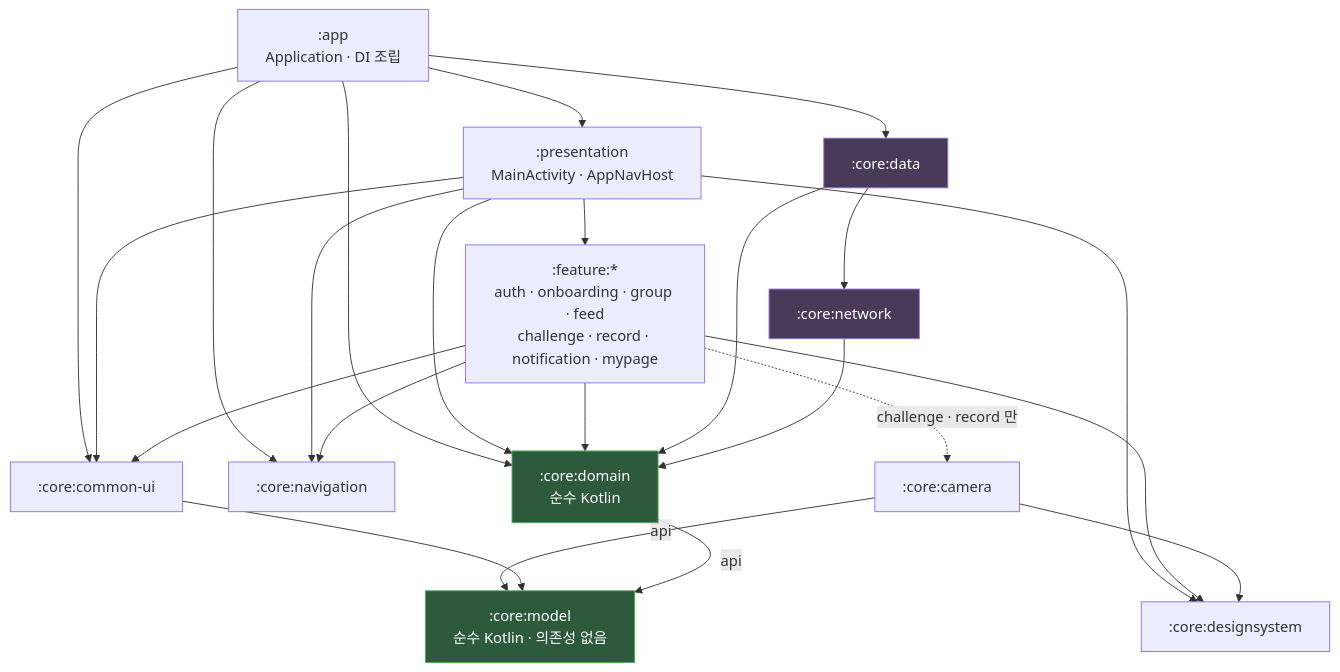
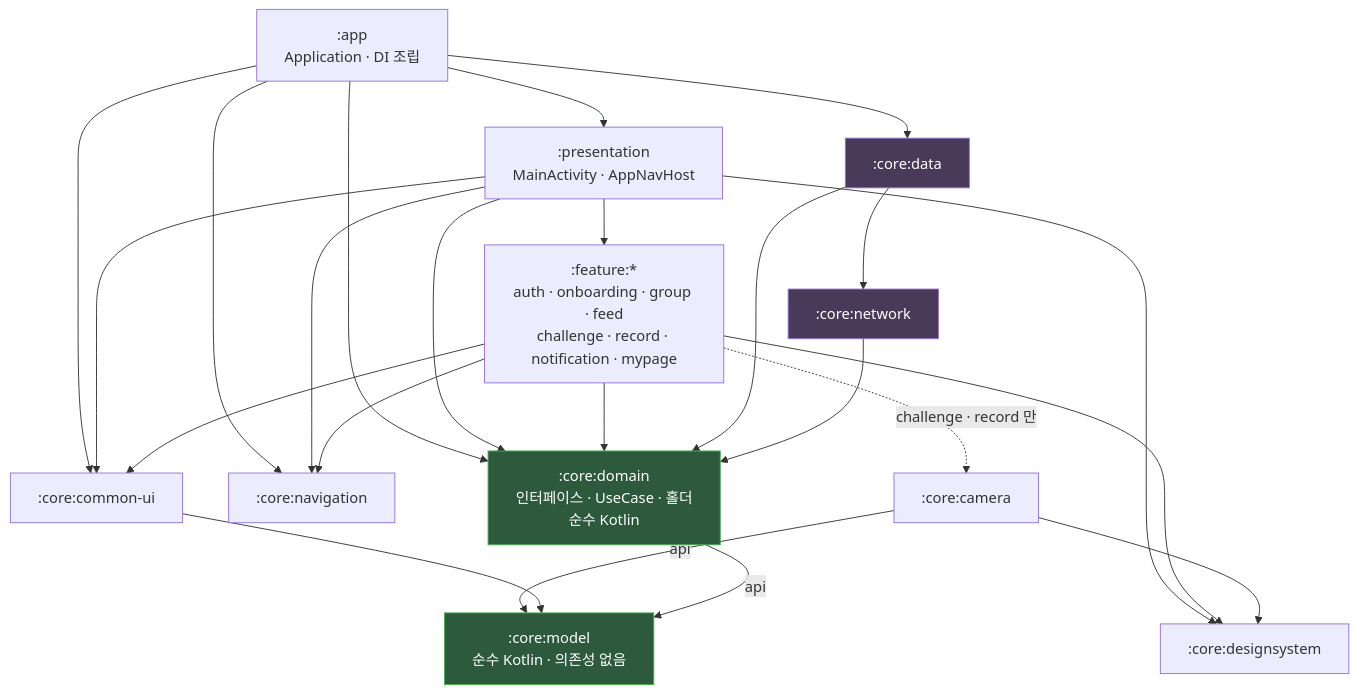
Before and after one commit to Central-MakeUs/mody-android: the diagram in README.md, drawn with Mermaid. The commit also changed other lines of this file and 1 other file, not shown here.

First line of the commit message:
docs: :core:domain 이 실제로 무엇을 담는지 드러낸다

````diff
--- a/README.md
+++ b/README.md
@@ -88,48 +89,48 @@
 ```mermaid
 graph TD
     app[":app<br/>Application · DI 조립"]
     pres[":presentation<br/>MainActivity · AppNavHost"]
     feat[":feature:*<br/>auth · onboarding · group · feed<br/>challenge · record · notification · mypage"]
 
     cui[":core:common-ui"]
     ds[":core:designsystem"]
     nav[":core:navigation"]
     cam[":core:camera"]
     model[":core:model<br/>순수 Kotlin · 의존성 없음"]
-    dom[":core:domain<br/>순수 Kotlin"]
+    dom[":core:domain<br/>인터페이스 · UseCase · 홀더<br/>순수 Kotlin"]
     data[":core:data"]
     net[":core:network"]
 
     app --> pres
     app --> data
     app --> cui
     app --> nav
     app --> dom
     pres --> feat
     pres --> cui
     pres --> ds
     pres --> nav
     pres --> dom
 
     feat --> cui
     feat --> ds
     feat --> nav
     feat --> dom
     feat -. "challenge · record 만" .-> cam
 
     cam --> ds
     cam -- "api" --> model
 
     cui --> model
 
     dom -- "api" --> model
 
     data --> dom
     data --> net
     net --> dom
 
     classDef domain fill:#2d5a3d,stroke:#4caf50,color:#fff
     classDef impl fill:#4a3a5a,stroke:#9575cd,color:#fff
     class dom,model domain
     class data,net impl
 ```
````
